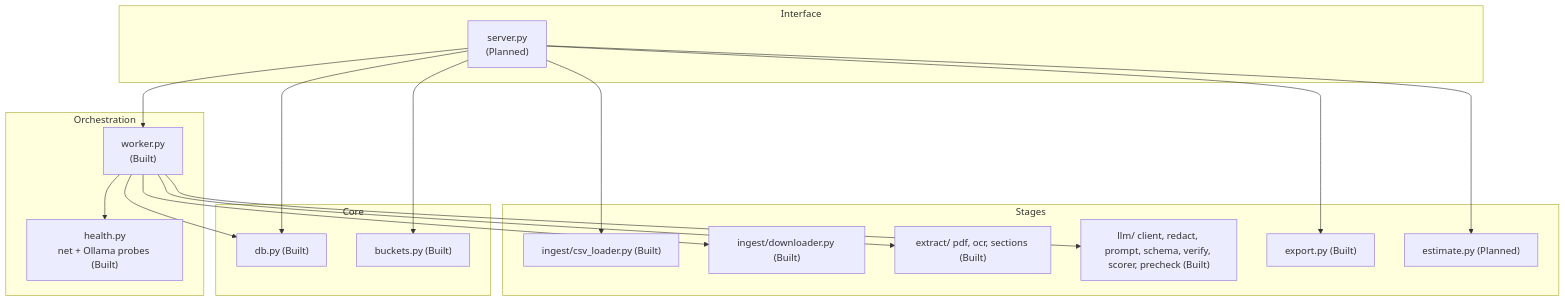
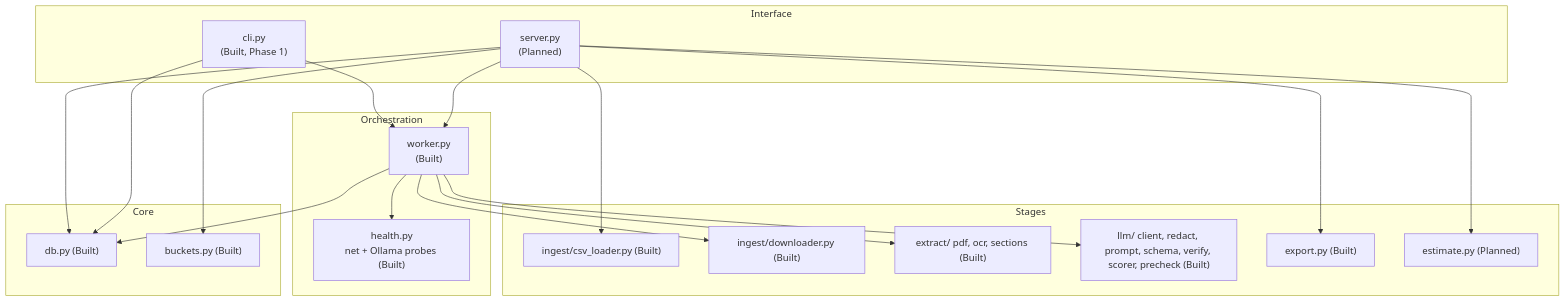
The third of 13 diagrams in ARCHITECTURE.md (Aryan27-max/Atlas), drawn with Mermaid before and after one commit. The commit also changed other lines of this file and 6 other files, not shown here.

First line of the commit message:
phase1(1.9): headless CLI (preflight, run, resume, results, export, retry)

````diff
--- a/ARCHITECTURE.md
+++ b/ARCHITECTURE.md
@@ -118,34 +118,37 @@
 ```mermaid
 flowchart TB
     subgraph L1["Interface"]
         server["server.py<br/>(Planned)"]
+        cli["cli.py<br/>(Built, Phase 1)"]
     end
     subgraph L2["Orchestration"]
         worker["worker.py<br/>(Built)"]
         health["health.py<br/>net + Ollama probes (Built)"]
     end
     subgraph L3["Stages"]
         csvl["ingest/csv_loader.py (Built)"]
         dl["ingest/downloader.py (Built)"]
         ext["extract/ pdf, ocr, sections (Built)"]
         llm["llm/ client, redact, prompt, schema, verify, scorer, precheck (Built)"]
         exp["export.py (Built)"]
         est["estimate.py (Planned)"]
     end
     subgraph L4["Core"]
         db["db.py (Built)"]
         buckets["buckets.py (Built)"]
     end
 
     server --> worker
+    cli --> worker
+    cli --> db
     server --> db
     server --> buckets
     server --> csvl
     server --> exp
     server --> est
     worker --> health
     worker --> dl
     worker --> ext
     worker --> llm
     worker --> db
 ```
````
